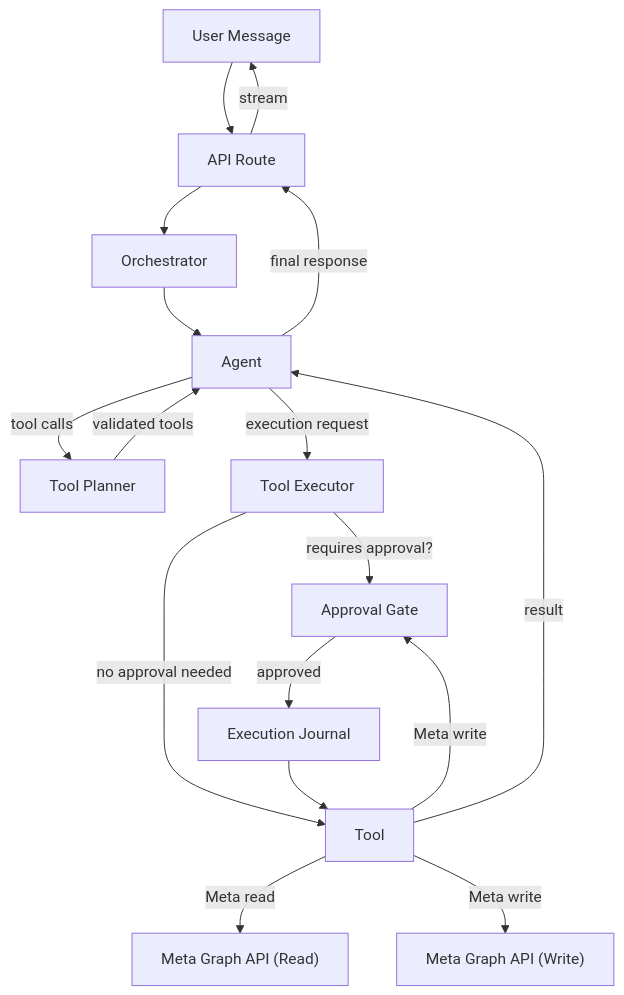
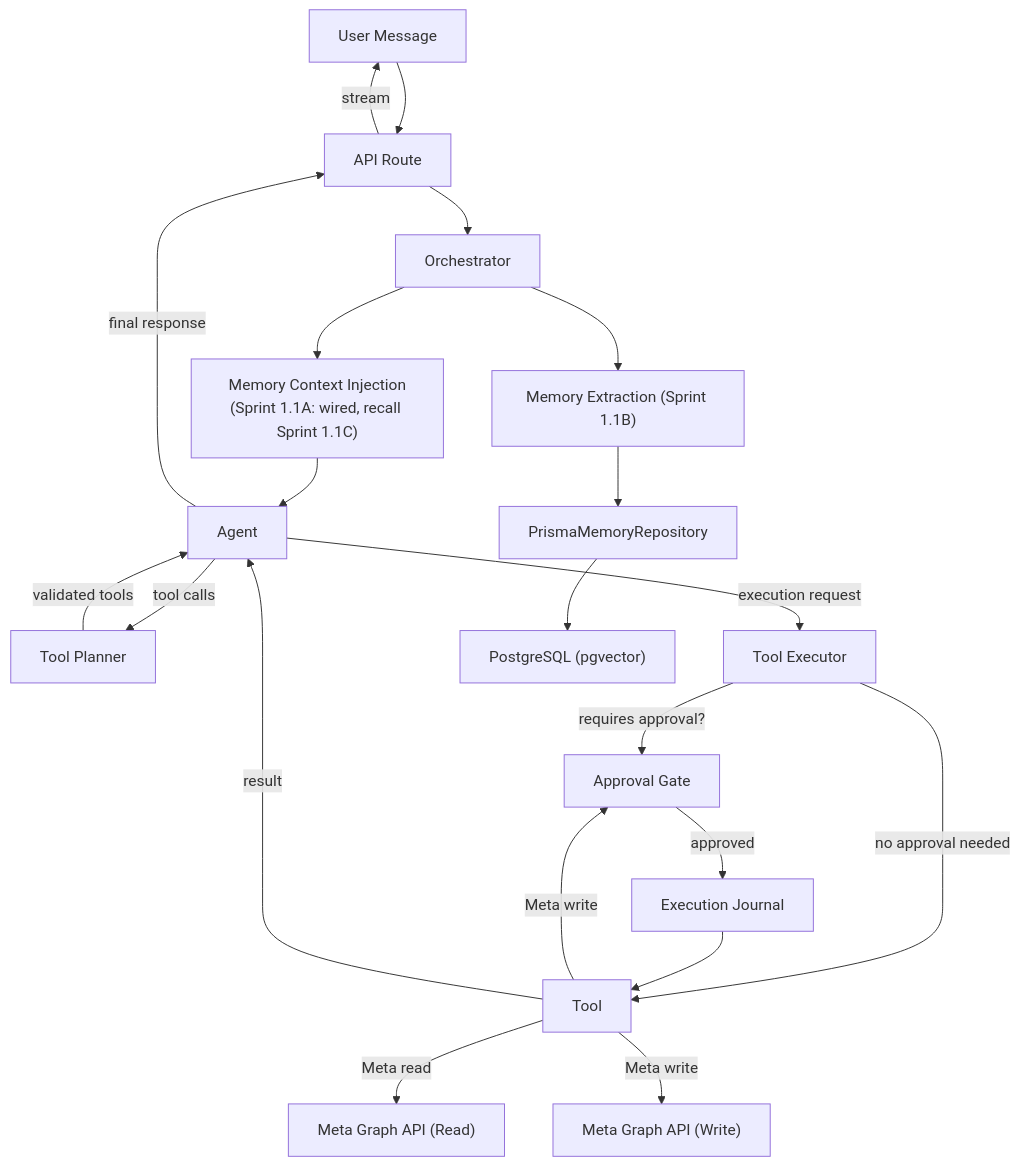
The third of 8 diagrams in docs/JARVIS_ARCHITECTURE.md (jaydiyawar143-byte/dreamprojectjarvis), drawn with Mermaid before and after one commit. The commit also changed other lines of this file and 23 other files, not shown here.

````diff
--- a/docs/JARVIS_ARCHITECTURE.md
+++ b/docs/JARVIS_ARCHITECTURE.md
@@ -199,19 +199,23 @@
 ```mermaid
 graph TD
     User["User Message"] --> API["API Route"]
     API --> Orchestrator["Orchestrator"]
-    Orchestrator --> Agent["Agent"]
+    Orchestrator --> MemCtx["Memory Context Injection\n(Sprint 1.1A: wired, recall Sprint 1.1C)"]
+    MemCtx --> Agent["Agent"]
     Agent -->|"tool calls"| Planner["Tool Planner"]
     Planner -->|"validated tools"| Agent
     Agent -->|"execution request"| Executor["Tool Executor"]
     Executor -->|"requires approval?"| Approval["Approval Gate"]
     Executor -->|"no approval needed"| Tool["Tool"]
     Tool -->|"Meta read"| MetaR["Meta Graph API (Read)"]
     Tool -->|"Meta write"| Approval
     Approval -->|"approved"| Journal["Execution Journal"]
     Journal --> Tool
     Tool -->|"Meta write"| MetaW["Meta Graph API (Write)"]
     Tool -->|"result"| Agent
     Agent -->|"final response"| API
     API -->|"stream"| User
+    Orchestrator --> MemExt["Memory Extraction (Sprint 1.1B)"]
+    MemExt --> PrismaRepo["PrismaMemoryRepository"]
+    PrismaRepo --> PG["PostgreSQL (pgvector)"]
 ```
````
